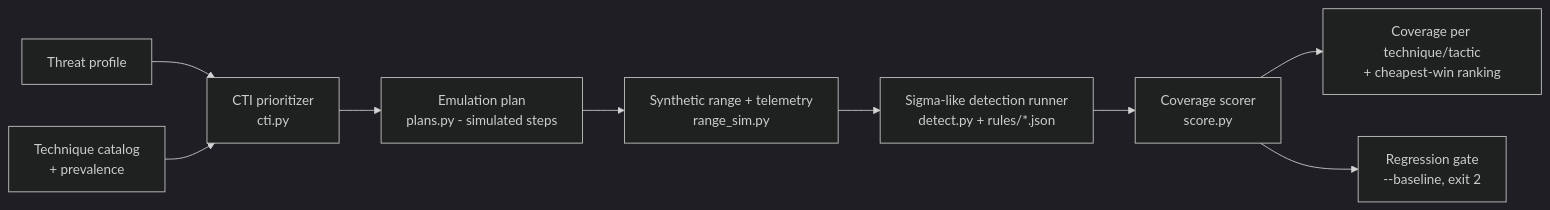
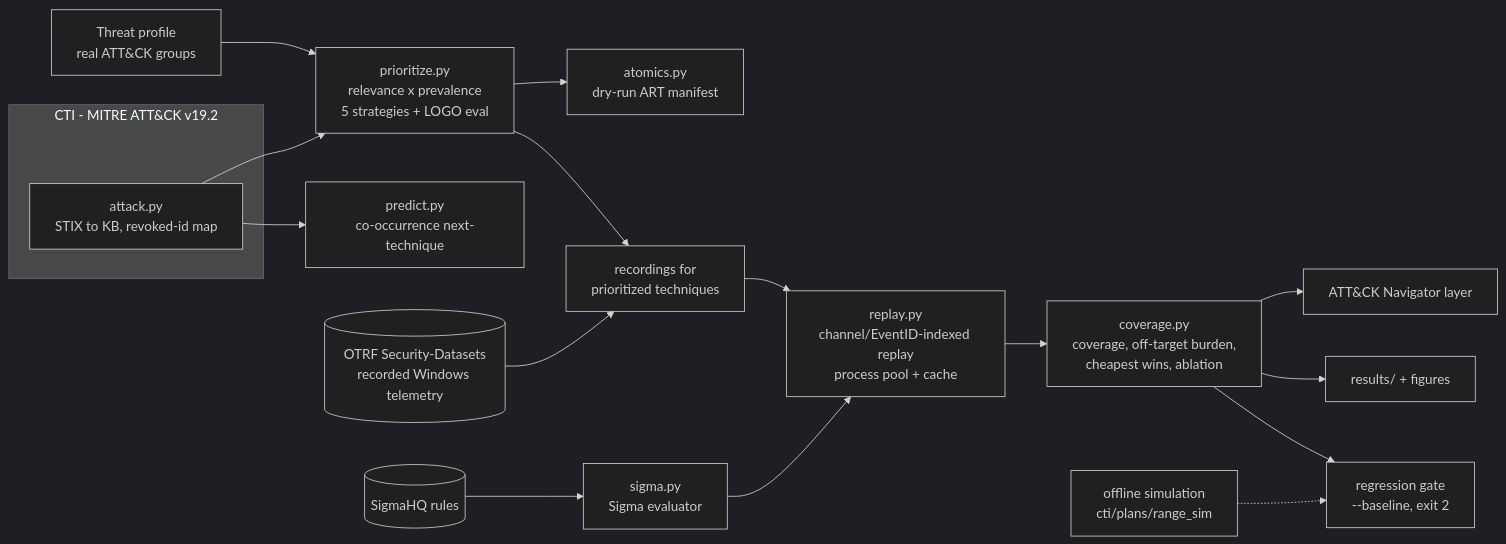
The diagram in README.md (rakshit-737/gauntlet), drawn with Mermaid (dark theme) before and after one commit. The commit also changed other lines of this file and 1 other file, not shown here.

Commit message:
docs: rewrite README with real-data results, architecture, datasets and limitations

````diff
--- a/README.md
+++ b/README.md
@@ -11,11 +62,20 @@
 ```mermaid
 flowchart LR
-  TP[Threat profile] --> PR[CTI prioritizer<br/>cti.py]
-  CAT[Technique catalog<br/>+ prevalence] --> PR
-  PR --> PLAN[Emulation plan<br/>plans.py - simulated steps]
-  PLAN --> GEN[Synthetic range + telemetry<br/>range_sim.py]
-  GEN --> DET[Sigma-like detection runner<br/>detect.py + rules/*.json]
-  DET --> SCORE[Coverage scorer<br/>score.py]
-  SCORE --> OUT[Coverage per technique/tactic<br/>+ cheapest-win ranking]
-  SCORE --> REG[Regression gate<br/>--baseline, exit 2]
+  subgraph CTI[CTI - MITRE ATT&CK v19.2]
+    KB[attack.py<br/>STIX to KB, revoked-id map]
+  end
+  TP[Threat profile<br/>real ATT&CK groups] --> PR
+  KB --> PR[prioritize.py<br/>relevance x prevalence<br/>5 strategies + LOGO eval]
+  KB --> PRED[predict.py<br/>co-occurrence next-technique]
+  PR --> PLAN[atomics.py<br/>dry-run ART manifest]
+  PR --> SEL[recordings for<br/>prioritized techniques]
+  OTRF[(OTRF Security-Datasets<br/>recorded Windows telemetry)] --> SEL
+  SEL --> RP[replay.py<br/>channel/EventID-indexed replay<br/>process pool + cache]
+  SIG[(SigmaHQ rules)] --> SE[sigma.py<br/>Sigma evaluator]
+  SE --> RP
+  RP --> COV[coverage.py<br/>coverage, off-target burden,<br/>cheapest wins, ablation]
+  COV --> NAV[ATT&CK Navigator layer]
+  COV --> REP[results/ + figures]
+  COV --> REG[regression gate<br/>--baseline, exit 2]
+  SIM[offline simulation<br/>cti/plans/range_sim] -.-> REG
 ```
````
